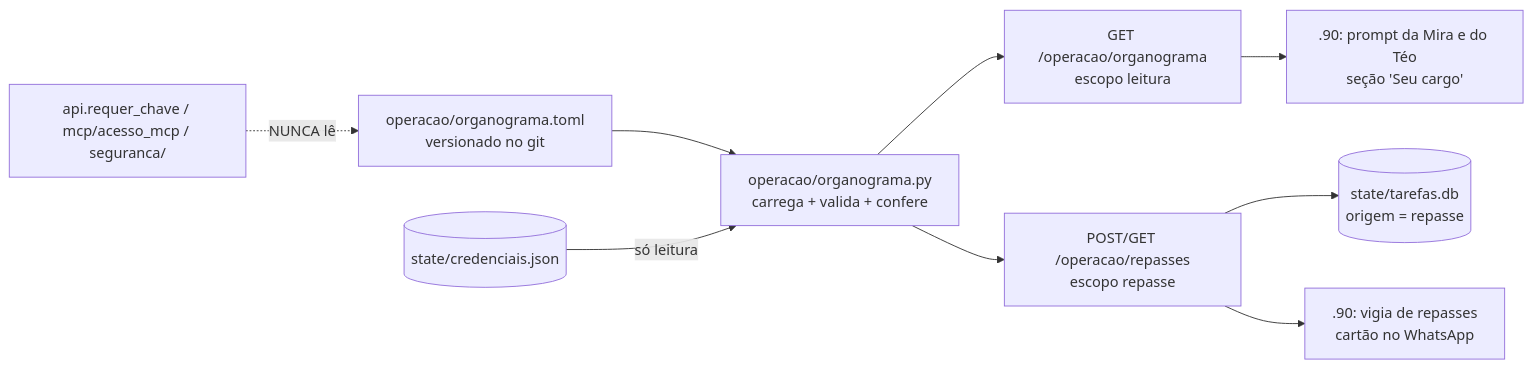
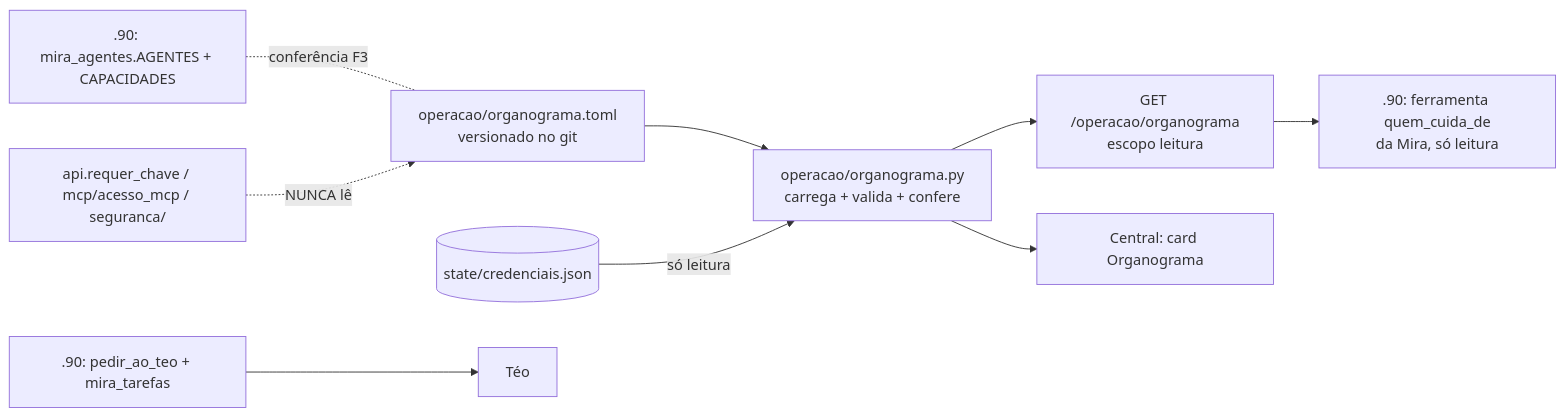
One commit to MarceloProjetos/oportunidade_wbc changed the diagram in docs/PLANO_ORGANOGRAMA.md. Above: the diagram before and after it, drawn with Mermaid. The commit also changed other lines of this file and 8 other files, not shown here.

First line of the commit message:
Organograma: reconciliado com o .90 (ficha da Mira, Lia, planos)

````diff
--- a/docs/PLANO_ORGANOGRAMA.md
+++ b/docs/PLANO_ORGANOGRAMA.md
@@ -88,11 +112,11 @@
 ```mermaid
 flowchart LR
   F[operacao/organograma.toml<br/>versionado no git] --> L[operacao/organograma.py<br/>carrega + valida + confere]
   C[(state/credenciais.json)] -->|só leitura| L
   L --> R1[GET /operacao/organograma<br/>escopo leitura]
-  L --> R2[POST/GET /operacao/repasses<br/>escopo repasse]
-  R2 --> DB[(state/tarefas.db<br/>origem = repasse)]
-  R1 --> M[.90: prompt da Mira e do Téo<br/>seção 'Seu cargo']
-  R2 --> W[.90: vigia de repasses<br/>cartão no WhatsApp]
+  L --> CEN[Central: card Organograma]
+  R1 --> M[.90: ferramenta quem_cuida_de<br/>da Mira, só leitura]
+  CAD[.90: mira_agentes.AGENTES + CAPACIDADES] -. conferência F3 .- F
+  T[.90: pedir_ao_teo + mira_tarefas] --> TEO[Téo]
   A[api.requer_chave / mcp/acesso_mcp / seguranca/] -. NUNCA lê .-> F
 ```
````
